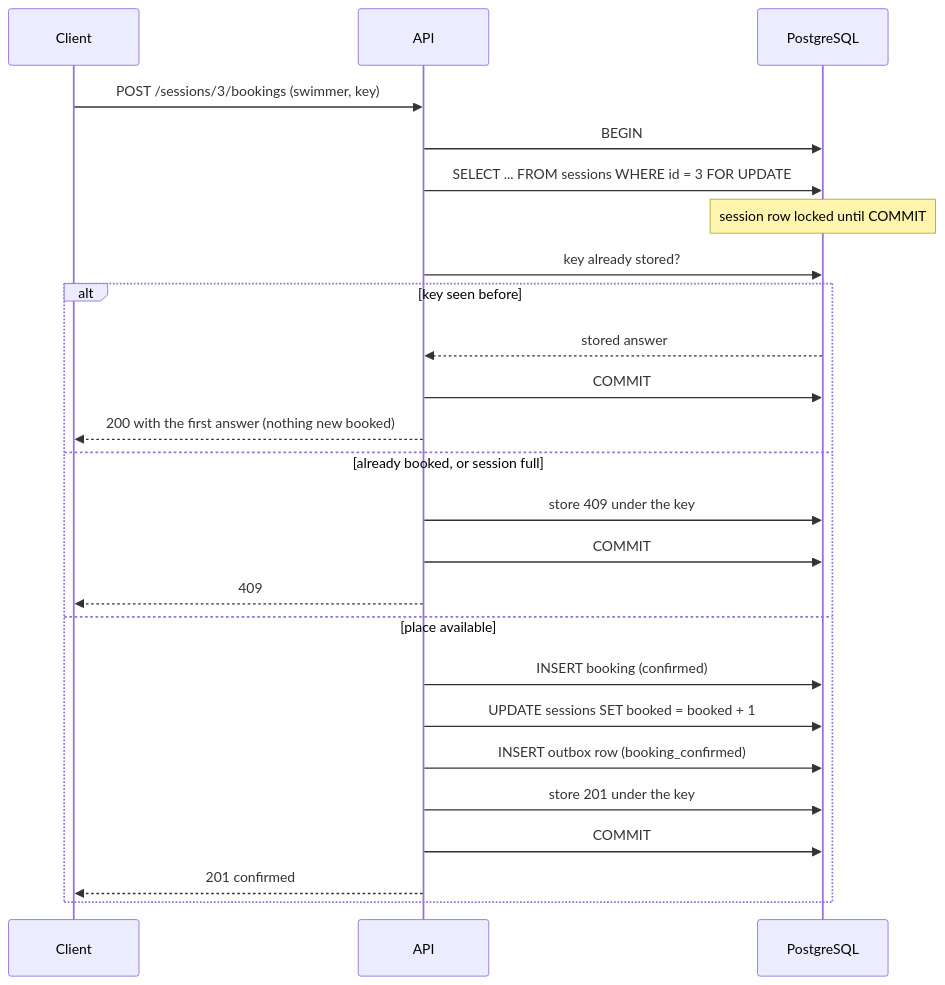
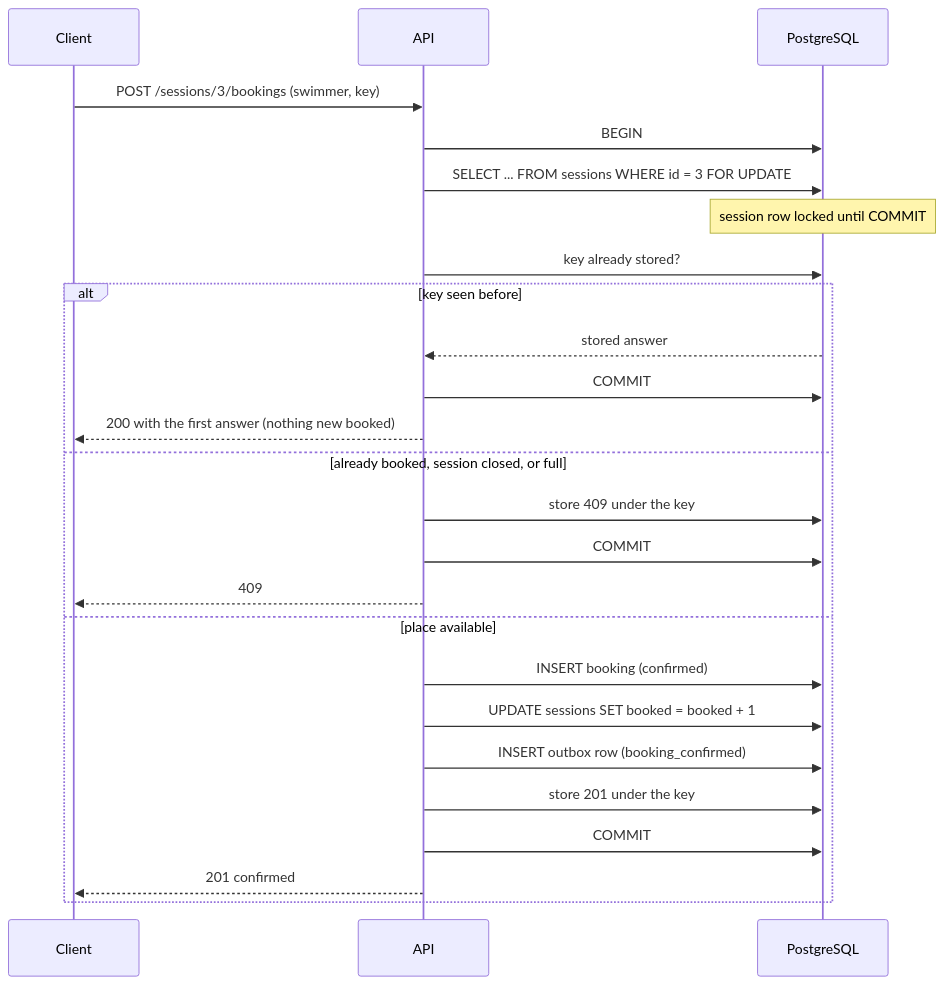
Before and after one commit to ashutosharma2/SwimSync: the fifth of 19 diagrams in docs/architecture.md, drawn with Mermaid. The commit also changed other lines of this file and 1 other file, not shown here.

First line of the commit message:
Docs: operator capacity changes in the README and a new architecture section; drill B and the frontend drawn as built

````diff
--- a/docs/architecture.md
+++ b/docs/architecture.md
@@ -161,28 +181,28 @@
 ```mermaid
 sequenceDiagram
     participant C as Client
     participant A as API
     participant DB as PostgreSQL
 
     C->>A: POST /sessions/3/bookings (swimmer, key)
     A->>DB: BEGIN
     A->>DB: SELECT ... FROM sessions WHERE id = 3 FOR UPDATE
     Note over DB: session row locked until COMMIT
     A->>DB: key already stored?
     alt key seen before
         DB-->>A: stored answer
         A->>DB: COMMIT
         A-->>C: 200 with the first answer (nothing new booked)
-    else already booked, or session full
+    else already booked, session closed, or full
         A->>DB: store 409 under the key
         A->>DB: COMMIT
         A-->>C: 409
     else place available
         A->>DB: INSERT booking (confirmed)
         A->>DB: UPDATE sessions SET booked = booked + 1
         A->>DB: INSERT outbox row (booking_confirmed)
         A->>DB: store 201 under the key
         A->>DB: COMMIT
         A-->>C: 201 confirmed
     end
 ```
````
